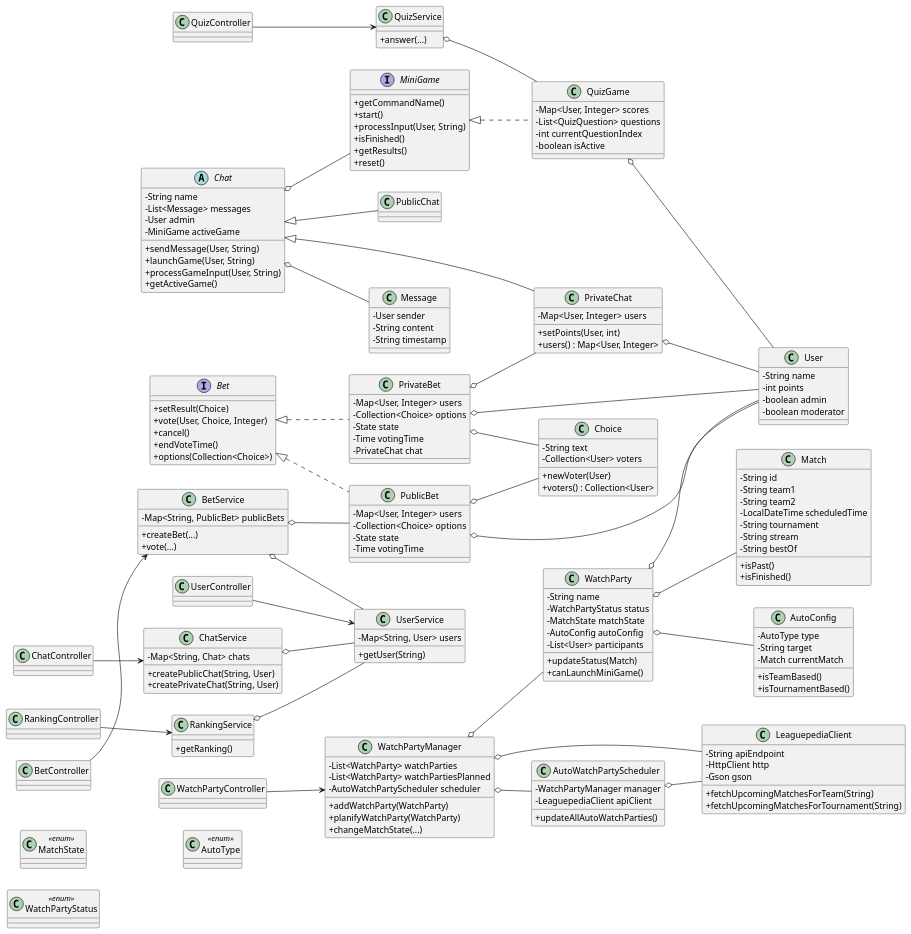
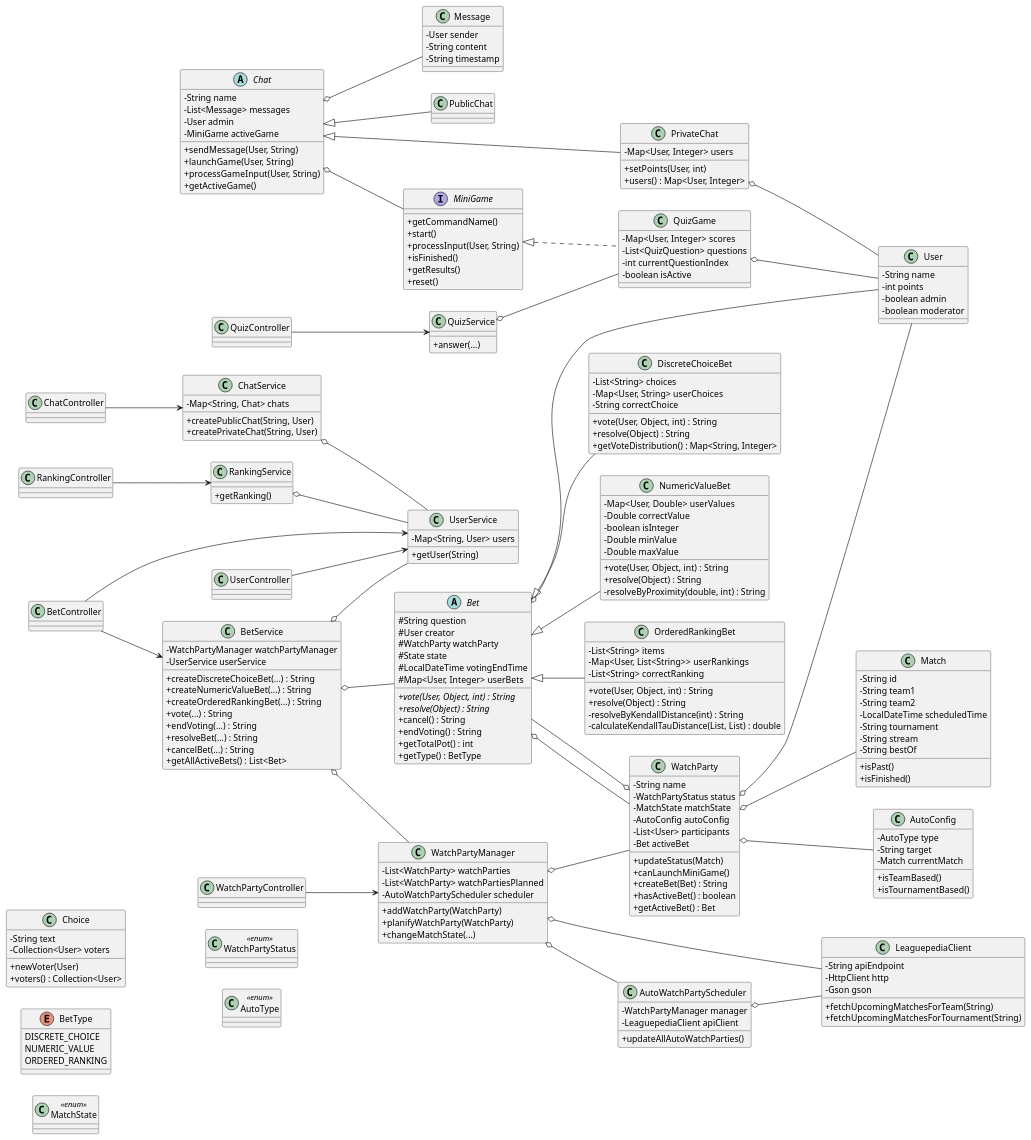
Before and after one commit to Alim-Samira/DevOps: the diagram in docs/class-diagram.puml, drawn with PlantUML. The commit also changed 13 other files, not shown here.

```diff
--- a/docs/class-diagram.puml
+++ b/docs/class-diagram.puml
@@ -61,33 +61,63 @@
   + voters() : Collection<User>
 }
 
-interface Bet {
-  + setResult(Choice)
-  + vote(User, Choice, Integer)
-  + cancel()
-  + endVoteTime()
-  + options(Collection<Choice>)
+' ========== NEW BETTING SYSTEM ==========
+enum BetType {
+  DISCRETE_CHOICE
+  NUMERIC_VALUE
+  ORDERED_RANKING
 }
-class PublicBet {
-  - Map<User, Integer> users
-  - Collection<Choice> options
-  - State state
-  - Time votingTime
+
+abstract class Bet {
+  # String question
+  # User creator
+  # WatchParty watchParty
+  # State state
+  # LocalDateTime votingEndTime
+  # Map<User, Integer> userBets
+  + {abstract} vote(User, Object, int) : String
+  + {abstract} resolve(Object) : String
+  + cancel() : String
+  + endVoting() : String
+  + getTotalPot() : int
+  + getType() : BetType
 }
-class PrivateBet {
-  - Map<User, Integer> users
-  - Collection<Choice> options
-  - State state
-  - Time votingTime
-  - PrivateChat chat
+
+class DiscreteChoiceBet {
+  - List<String> choices
+  - Map<User, String> userChoices
+  - String correctChoice
+  + vote(User, Object, int) : String
+  + resolve(Object) : String
+  + getVoteDistribution() : Map<String, Integer>
 }
-Bet <|.. PublicBet
-Bet <|.. PrivateBet
-PublicBet o-- Choice
-PrivateBet o-- Choice
-PublicBet o-- User
-PrivateBet o-- User
-PrivateBet o-- PrivateChat
+
+class NumericValueBet {
+  - Map<User, Double> userValues
+  - Double correctValue
+  - boolean isInteger
+  - Double minValue
+  - Double maxValue
+  + vote(User, Object, int) : String
+  + resolve(Object) : String
+  - resolveByProximity(double, int) : String
+}
+
+class OrderedRankingBet {
+  - List<String> items
+  - Map<User, List<String>> userRankings
+  - List<String> correctRanking
+  + vote(User, Object, int) : String
+  + resolve(Object) : String
+  - resolveByKendallDistance(int) : String
+  - calculateKendallTauDistance(List, List) : double
+}
+
+Bet <|-- DiscreteChoiceBet
+Bet <|-- NumericValueBet
+Bet <|-- OrderedRankingBet
+Bet o-- User
+Bet o-- WatchParty
 
 class Match {
   - String id
@@ -118,12 +148,17 @@
   - MatchState matchState
   - AutoConfig autoConfig
   - List<User> participants
+  - Bet activeBet
   + updateStatus(Match)
   + canLaunchMiniGame()
+  + createBet(Bet) : String
+  + hasActiveBet() : boolean
+  + getActiveBet() : Bet
 }
 WatchParty o-- AutoConfig
 WatchParty o-- Match
 WatchParty o-- User
+WatchParty o-- Bet
 
 ' Services
 class UserService {
@@ -136,9 +171,16 @@
   + createPrivateChat(String, User)
 }
 class BetService {
-  - Map<String, PublicBet> publicBets
-  + createBet(...)
-  + vote(...)
+  - WatchPartyManager watchPartyManager
+  - UserService userService
+  + createDiscreteChoiceBet(...) : String
+  + createNumericValueBet(...) : String
+  + createOrderedRankingBet(...) : String
+  + vote(...) : String
+  + endVoting(...) : String
+  + resolveBet(...) : String
+  + cancelBet(...) : String
+  + getAllActiveBets() : List<Bet>
 }
 class RankingService {
   + getRanking()
@@ -179,6 +221,7 @@
 class WatchPartyController
 
 BetController --> BetService
+BetController --> UserService
 ChatController --> ChatService
 QuizController --> QuizService
 RankingController --> RankingService
@@ -186,7 +229,8 @@
 WatchPartyController --> WatchPartyManager
 
 ' Domain links
-BetService o-- PublicBet
+BetService o-- Bet
+BetService o-- WatchPartyManager
 BetService o-- UserService
 ChatService o-- UserService
 QuizService o-- QuizGame
```
